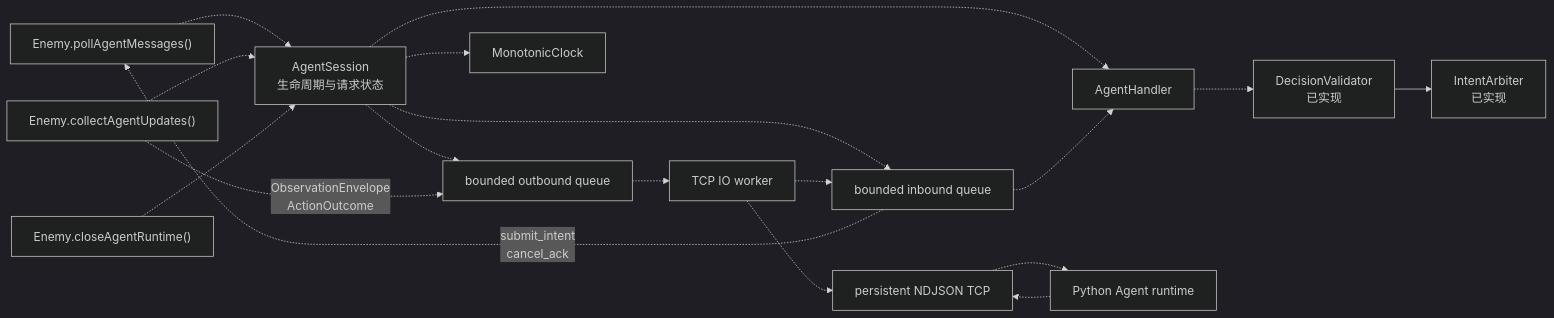
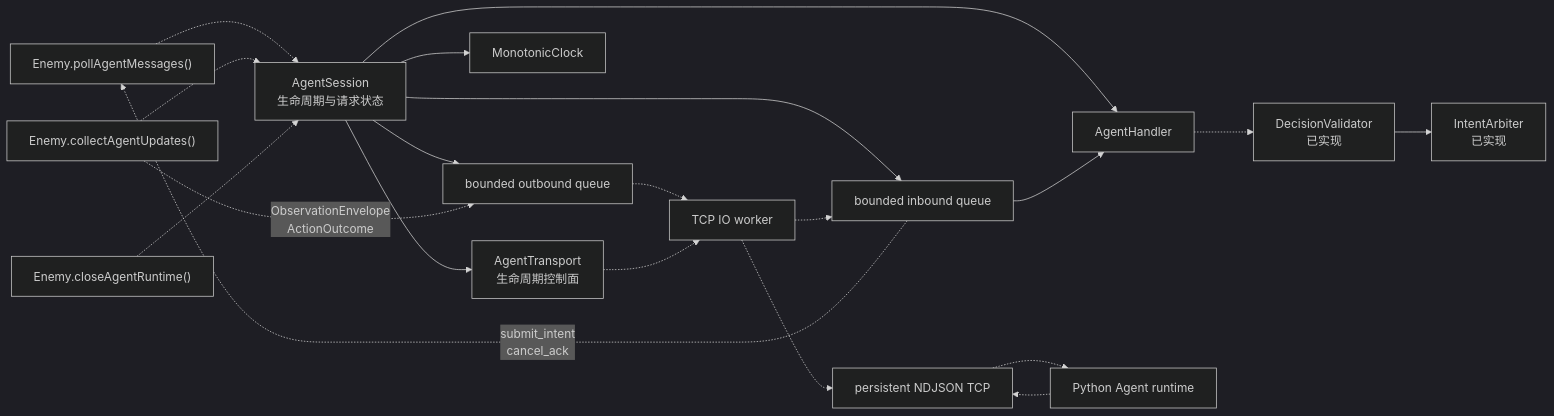
The eighth of 8 diagrams in proj2/AI_TICK_ARCHITECTURE.md (ericdonno/cs61b-std), drawn with Mermaid (dark theme) before and after one commit. The commit also changed other lines of this file and 9 other files, not shown here.

Commit message:
Document AgentSession implementation and expand test suite

````diff
--- a/proj2/AI_TICK_ARCHITECTURE.md
+++ b/proj2/AI_TICK_ARCHITECTURE.md
@@ -495,24 +496,26 @@
 ```mermaid
 flowchart LR
     POLL["Enemy.pollAgentMessages()"] -.-> SESSION["AgentSession<br/>生命周期与请求状态"]
     COLLECT["Enemy.collectAgentUpdates()"] -.-> SESSION
     CLOSE["Enemy.closeAgentRuntime()"] -.-> SESSION
 
-    SESSION -.-> INQ["bounded inbound queue"]
-    SESSION -.-> OUTQ["bounded outbound queue"]
-    SESSION -.-> CLOCK["MonotonicClock"]
-    SESSION -.-> HANDLER["AgentHandler"]
+    SESSION --> INQ["bounded inbound queue"]
+    SESSION --> OUTQ["bounded outbound queue"]
+    SESSION --> CLOCK["MonotonicClock"]
+    SESSION --> HANDLER["AgentHandler"]
+    SESSION --> TRANSPORT["AgentTransport<br/>生命周期控制面"]
 
-    INQ -.-> HANDLER
+    INQ --> HANDLER
     HANDLER -.-> VALIDATOR["DecisionValidator<br/>已实现"]
     VALIDATOR --> ARBITER["IntentArbiter<br/>已实现"]
 
     OUTQ -.-> IO["TCP IO worker"]
+    TRANSPORT -.-> IO
     IO -.-> TCP["persistent NDJSON TCP"]
     TCP -.-> PY["Python Agent runtime"]
     PY -.-> TCP
     IO -.-> INQ
 
     COLLECT -.->|"ObservationEnvelope<br/>ActionOutcome"| OUTQ
     INQ -.->|"submit_intent<br/>cancel_ack"| POLL
 ```
````
